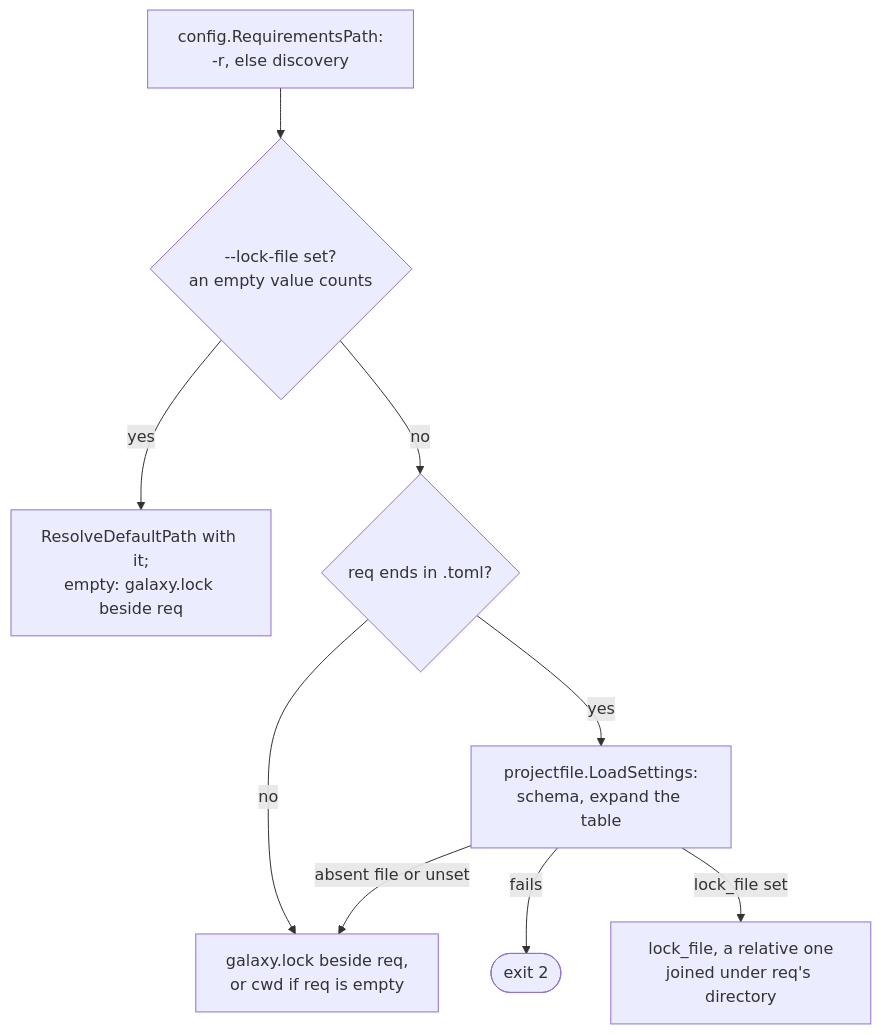
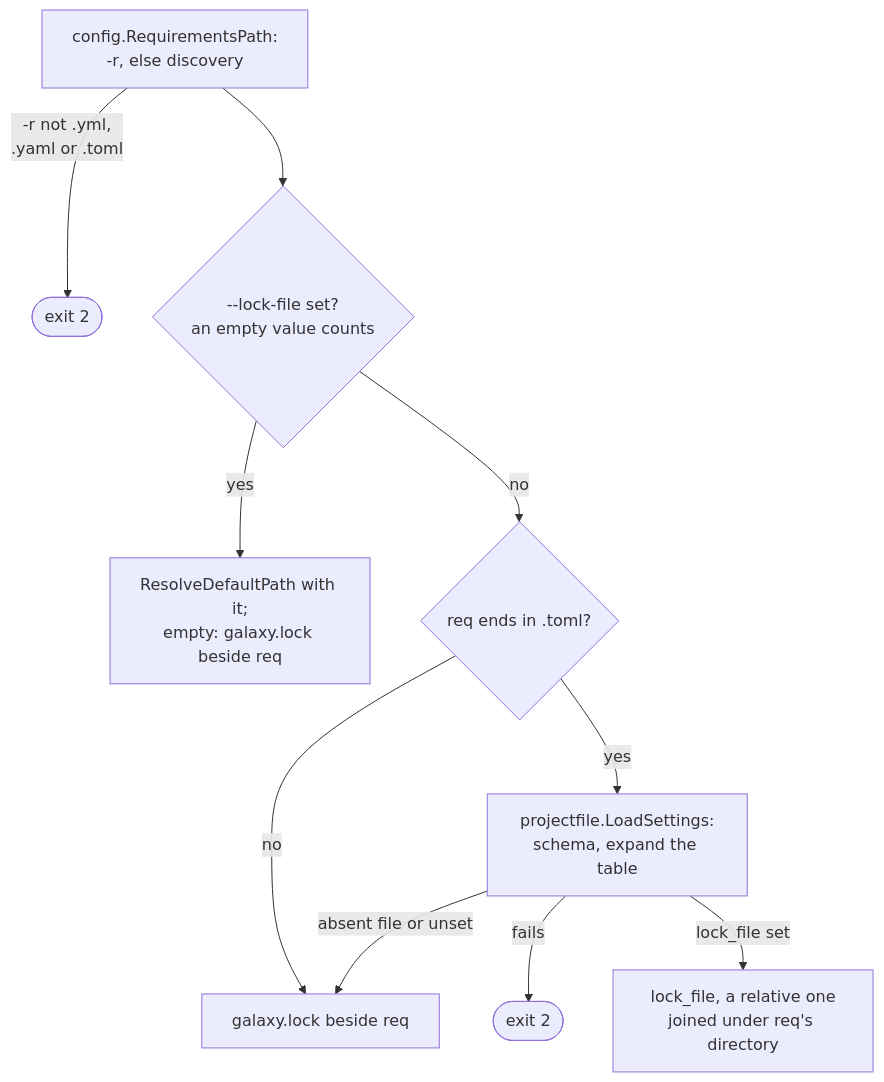
One commit to greeddj/go-galaxy changed the first of 4 diagrams in docs/internals/flow-hash-tree-explain.md. Above: the diagram before and after it, drawn with Mermaid. The commit also changed other lines of this file and 36 other files, not shown here.

````diff
--- a/docs/internals/flow-hash-tree-explain.md
+++ b/docs/internals/flow-hash-tree-explain.md
@@ -16,11 +16,12 @@
 ```mermaid
 flowchart TD
-    R["config.RequirementsPath:<br/>-r, else discovery"] --> L{"--lock-file set?<br/>an empty value counts"}
+    R["config.RequirementsPath:<br/>-r, else discovery"] -->|"-r not .yml,<br/>.yaml or .toml"| XN(["exit 2"])
+    R --> L{"--lock-file set?<br/>an empty value counts"}
     L -->|"yes"| P1["ResolveDefaultPath with it;<br/>empty: galaxy.lock beside req"]
     L -->|"no"| T{"req ends in .toml?"}
-    T -->|"no"| P2["galaxy.lock beside req,<br/>or cwd if req is empty"]
+    T -->|"no"| P2["galaxy.lock beside req"]
     T -->|"yes"| S["projectfile.LoadSettings:<br/>schema, expand the table"]
     S -->|"fails"| X2(["exit 2"])
     S -->|"lock_file set"| P3["lock_file, a relative one<br/>joined under req's directory"]
     S -->|"absent file or unset"| P2
 ```
````
